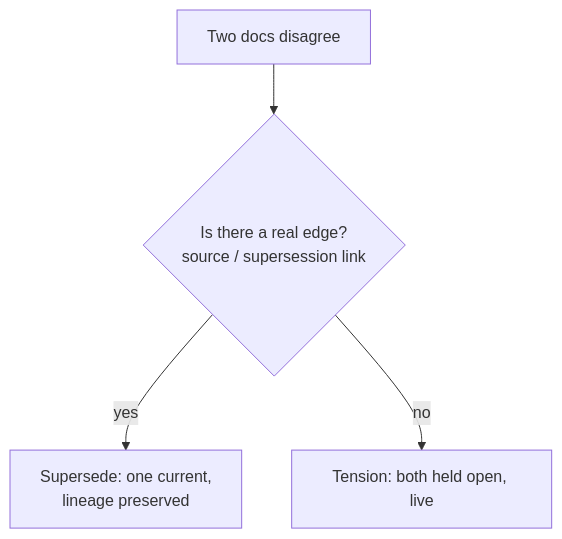
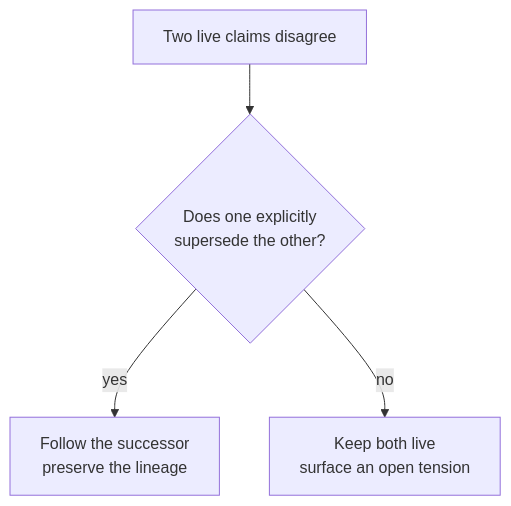
Before and after one commit to mavaali/daftari: the diagram in README.md, drawn with Mermaid. The commit also changed other lines of this file and 6 other files, not shown here.

````diff
--- a/README.md
+++ b/README.md
@@ -71,6 +115,6 @@
 ```mermaid
 flowchart TD
-    A[Two docs disagree] --> B{Is there a real edge?<br/>source / supersession link}
-    B -- yes --> C[Supersede: one current,<br/>lineage preserved]
-    B -- no --> D[Tension: both held open, live]
+    A[Two live claims disagree] --> B{Does one explicitly<br/>supersede the other?}
+    B -- yes --> C[Follow the successor<br/>preserve the lineage]
+    B -- no --> D[Keep both live<br/>surface an open tension]
 ```
````
